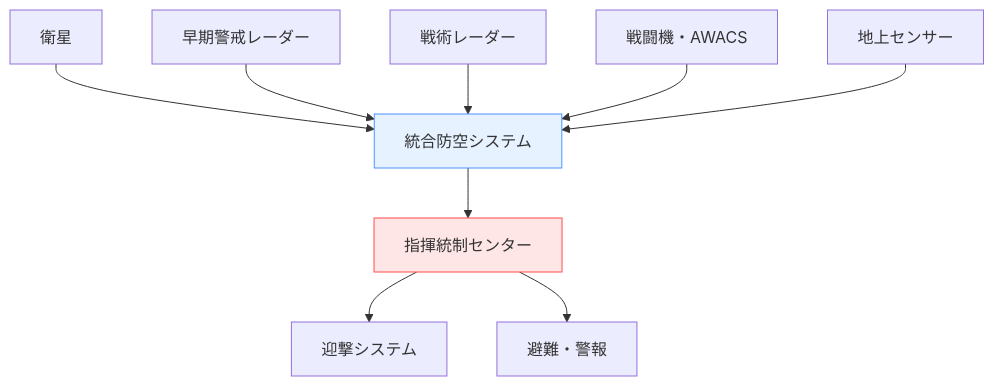
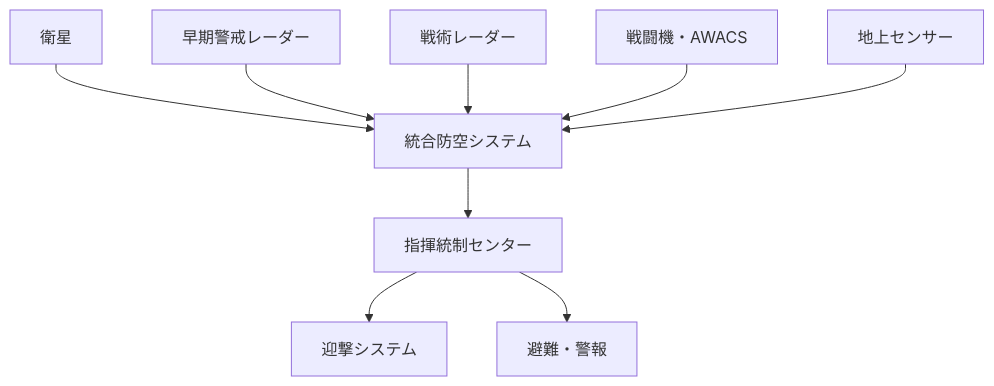
One commit to shuji-bonji/Situational-Awareness-and-Decision-Making changed the fourth of 8 diagrams in docs/applications/military-sa.md. Above: the diagram before and after it, drawn with Mermaid. The commit also changed other lines of this file and 49 other files, not shown here.

Commit message:
fix: ダークモードで見づらい図の色の変更

````diff
--- a/docs/applications/military-sa.md
+++ b/docs/applications/military-sa.md
@@ -241,15 +241,15 @@
 ```mermaid
 graph TD
     A[衛星] --> D[統合防空システム]
     B[早期警戒レーダー] --> D
     C[戦術レーダー] --> D
     E[戦闘機・AWACS] --> D
     F[地上センサー] --> D
     
     D --> G[指揮統制センター]
     G --> H[迎撃システム]
     G --> I[避難・警報]
     
-    style D fill:#e6f2ff,stroke:#4d94ff
-    style G fill:#ffe6e6,stroke:#ff4d4d
+
+
 ```
````
